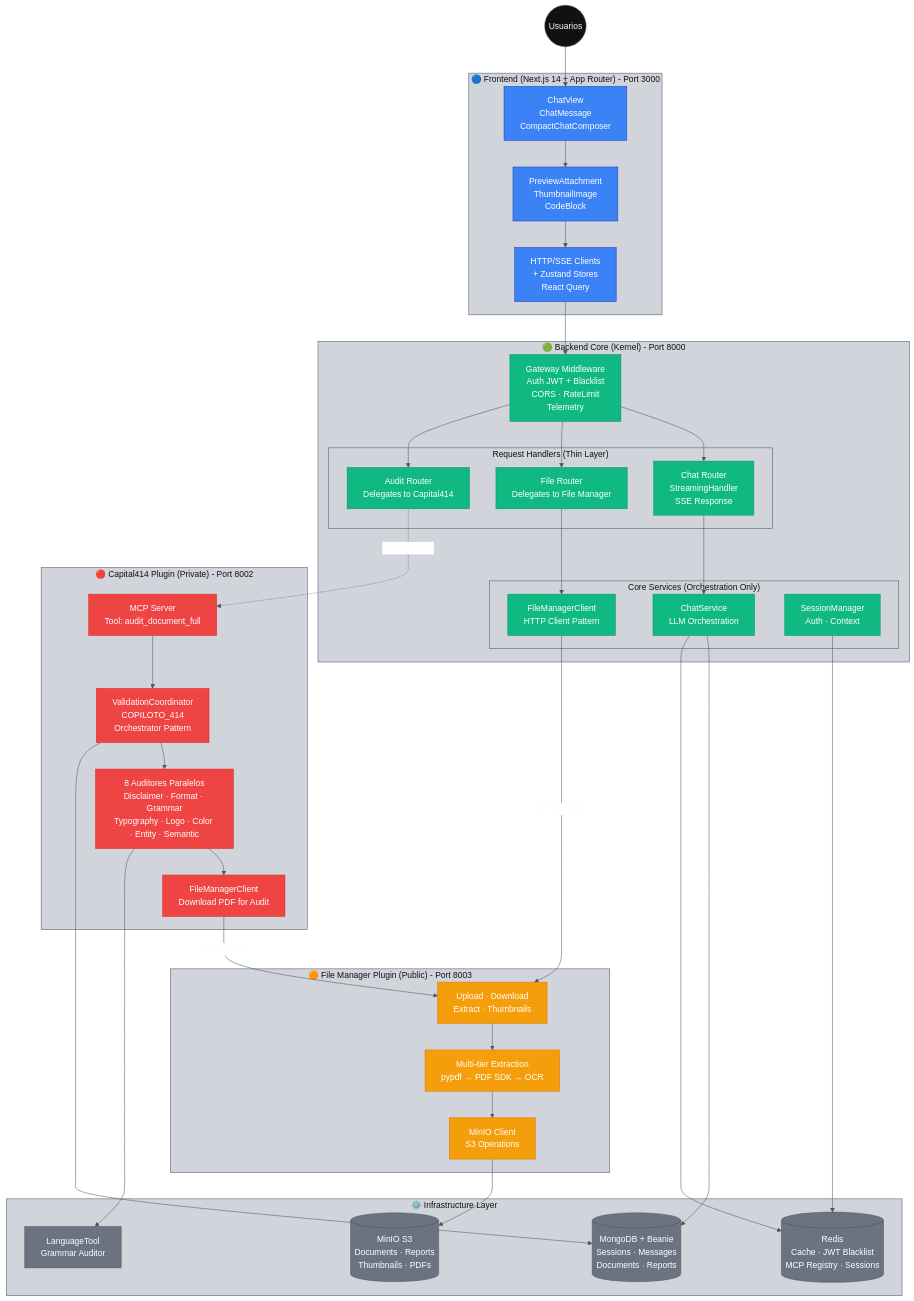
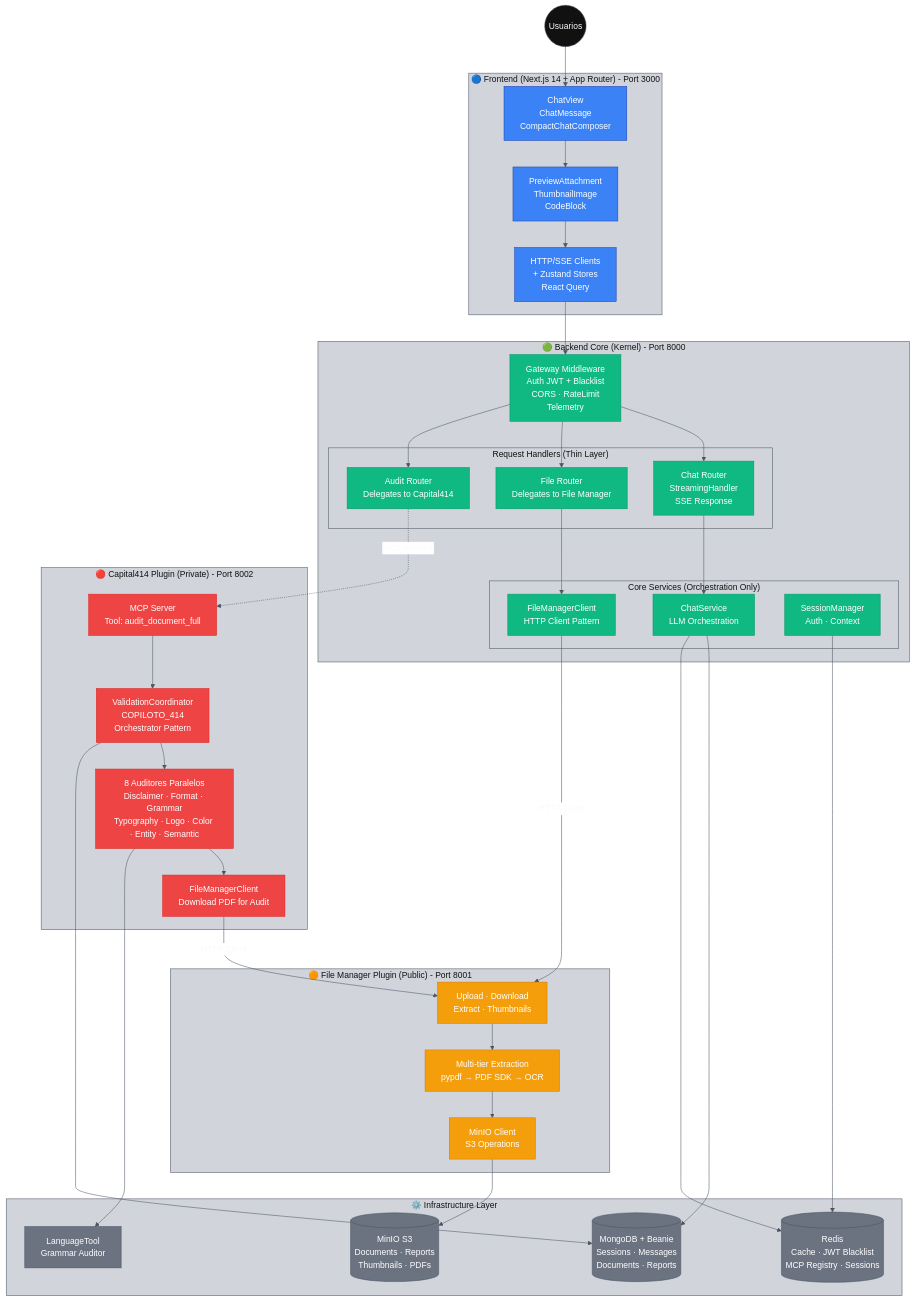
Before and after one commit to saptiva-ai/octavios-chat: the third of 11 diagrams in README.md, drawn with Mermaid. The commit also changed other lines of this file and 14 other files, not shown here.

First line of the commit message:
refactor: change File Manager port from 8003 to 8001

````diff
--- a/README.md
+++ b/README.md
@@ -295,81 +458,81 @@
 ```mermaid
 %%{init: {'theme': 'base', 'themeVariables': {'primaryColor': '#111111','primaryBorderColor': '#4b5563','primaryTextColor': '#f9fafb','lineColor': '#4b5563','secondaryColor': '#ffffff','secondaryBorderColor': '#4b5563','secondaryTextColor': '#111111','tertiaryColor': '#d1d5db','tertiaryBorderColor': '#4b5563','tertiaryTextColor': '#111111'}}}%%
 flowchart TB
     user((Usuarios)):::light --> web_ui
 
     subgraph Frontend["🔵 Frontend (Next.js 14 + App Router) - Port 3000"]
         web_ui["ChatView<br/>ChatMessage<br/>CompactChatComposer"]:::frontend
         web_components["PreviewAttachment<br/>ThumbnailImage<br/>CodeBlock"]:::frontend
         web_clients["HTTP/SSE Clients<br/>+ Zustand Stores<br/>React Query"]:::frontend
     end
 
     web_ui --> web_components
     web_components --> web_clients
     web_clients --> gateway
 
     subgraph Core["🟢 Backend Core (Kernel) - Port 8000"]
         gateway["Gateway Middleware<br/>Auth JWT + Blacklist<br/>CORS · RateLimit<br/>Telemetry"]:::core
 
         subgraph Handlers["Request Handlers (Thin Layer)"]
             chat_router["Chat Router<br/>StreamingHandler<br/>SSE Response"]:::core
             file_router["File Router<br/>Delegates to File Manager"]:::core
             audit_router["Audit Router<br/>Delegates to Capital414"]:::core
         end
 
         subgraph CoreServices["Core Services (Orchestration Only)"]
             chat_service["ChatService<br/>LLM Orchestration"]:::core
             fm_client["FileManagerClient<br/>HTTP Client Pattern"]:::core
             session_mgr["SessionManager<br/>Auth · Context"]:::core
         end
     end
 
     gateway --> chat_router
     gateway --> file_router
     gateway --> audit_router
 
     chat_router --> chat_service
     file_router --> fm_client
     audit_router -.->|"MCP Protocol"| capital414_service
 
-    subgraph FileManager["🟠 File Manager Plugin (Public) - Port 8003"]
+    subgraph FileManager["🟠 File Manager Plugin (Public) - Port 8001"]
         fm_routes["Upload · Download<br/>Extract · Thumbnails"]:::plugin_public
         fm_extraction["Multi-tier Extraction<br/>pypdf → PDF SDK → OCR"]:::plugin_public
         fm_minio["MinIO Client<br/>S3 Operations"]:::plugin_public
     end
 
     fm_client -->|"HTTP Client"| fm_routes
     fm_routes --> fm_extraction
     fm_extraction --> fm_minio
 
     subgraph Capital414["🔴 Capital414 Plugin (Private) - Port 8002"]
         capital414_service["MCP Server<br/>Tool: audit_document_full"]:::plugin_private
         validation_coord["ValidationCoordinator<br/>COPILOTO_414<br/>Orchestrator Pattern"]:::plugin_private
         auditores["8 Auditores Paralelos<br/>Disclaimer · Format · Grammar<br/>Typography · Logo · Color · Entity · Semantic"]:::plugin_private
         c414_fm_client["FileManagerClient<br/>Download PDF for Audit"]:::plugin_private
     end
 
     capital414_service --> validation_coord
     validation_coord --> auditores
     auditores --> c414_fm_client
     c414_fm_client -->|"HTTP Client"| fm_routes
 
     subgraph Infrastructure["⚙️ Infrastructure Layer"]
         mongo[(MongoDB + Beanie<br/>Sessions · Messages<br/>Documents · Reports)]:::infra
         redis[(Redis<br/>Cache · JWT Blacklist<br/>MCP Registry · Sessions)]:::infra
         minio[(MinIO S3<br/>Documents · Reports<br/>Thumbnails · PDFs)]:::infra
         languagetool["LanguageTool<br/>Grammar Auditor"]:::infra
     end
 
     chat_service --> mongo
     chat_service --> redis
     session_mgr --> redis
     fm_minio --> minio
     validation_coord --> mongo
     auditores --> languagetool
 
     classDef frontend fill:#3b82f6,stroke:#1e40af,color:#ffffff;
     classDef core fill:#10b981,stroke:#059669,color:#ffffff;
     classDef plugin_public fill:#f59e0b,stroke:#d97706,color:#ffffff;
     classDef plugin_private fill:#ef4444,stroke:#dc2626,color:#ffffff;
     classDef infra fill:#6b7280,stroke:#4b5563,color:#ffffff;
 ```
````
